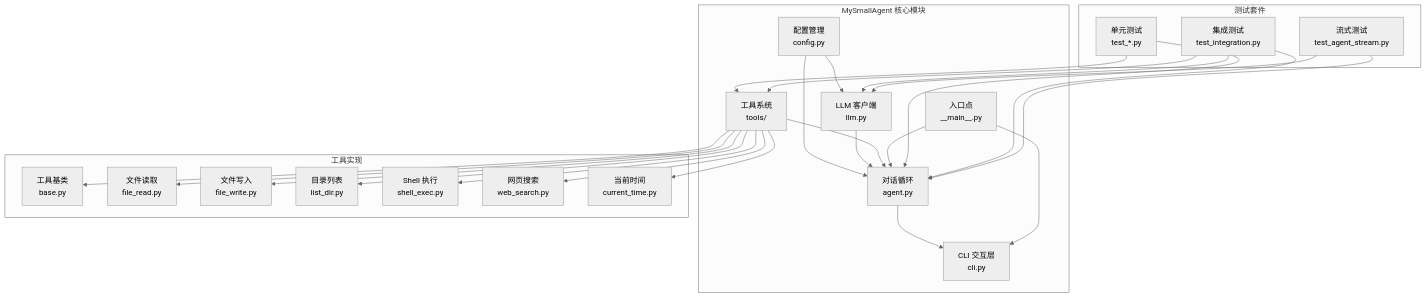
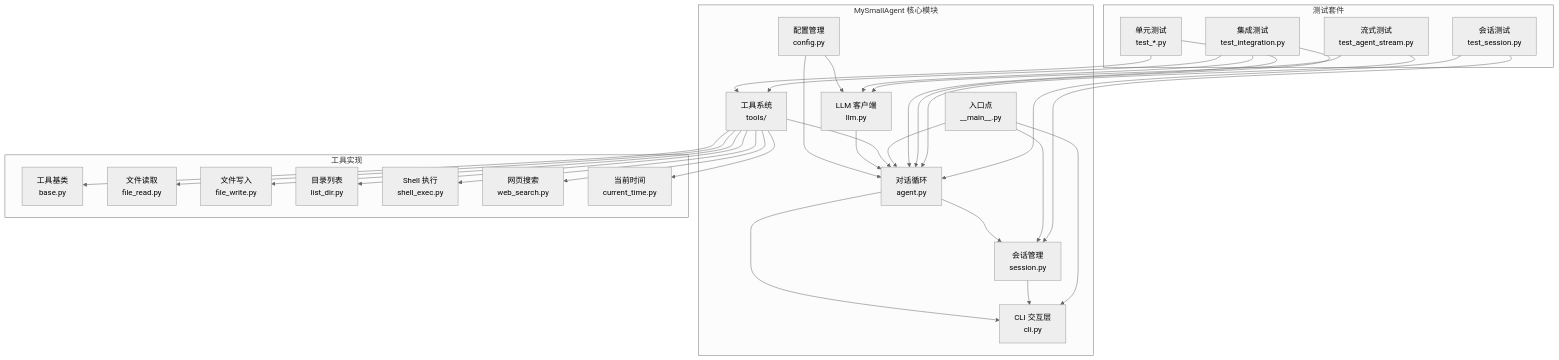
Before and after one commit to 250shiwo/MySmallAgent: the first of 11 diagrams in .qoder/repowiki/zh/content/核心模块详解/Agent 对话循环.md, drawn with Mermaid (neutral theme). The commit also changed other lines of this file and 34 other files, not shown here.

````diff
--- a/.qoder/repowiki/zh/content/核心模块详解/Agent 对话循环.md
+++ b/.qoder/repowiki/zh/content/核心模块详解/Agent 对话循环.md
@@ -52,46 +55,53 @@
 ```mermaid
 graph TB
 subgraph "MySmallAgent 核心模块"
 Config[配置管理<br/>config.py]
 LLM[LLM 客户端<br/>llm.py]
 Tools[工具系统<br/>tools/]
 Agent[对话循环<br/>agent.py]
 CLI[CLI 交互层<br/>cli.py]
+Session[会话管理<br/>session.py]
 Main[入口点<br/>__main__.py]
 end
 subgraph "工具实现"
 Base[工具基类<br/>base.py]
 ReadFile[文件读取<br/>file_read.py]
 WriteFile[文件写入<br/>file_write.py]
 ListDir[目录列表<br/>list_dir.py]
 ShellExec[Shell 执行<br/>shell_exec.py]
 WebSearch[网页搜索<br/>web_search.py]
 CurrentTime[当前时间<br/>current_time.py]
 end
 subgraph "测试套件"
 UnitTests[单元测试<br/>test_*.py]
 IntegrationTests[集成测试<br/>test_integration.py]
 StreamTests[流式测试<br/>test_agent_stream.py]
+SessionTests[会话测试<br/>test_session.py]
 end
 Config --> LLM
 Config --> Agent
 LLM --> Agent
 Tools --> Agent
 Agent --> CLI
+Agent --> Session
+Session --> CLI
 Main --> Agent
 Main --> CLI
+Main --> Session
 Tools --> Base
 Tools --> ReadFile
 Tools --> WriteFile
 Tools --> ListDir
 Tools --> ShellExec
 Tools --> WebSearch
 Tools --> CurrentTime
 UnitTests --> Agent
 UnitTests --> Tools
 IntegrationTests --> Agent
 IntegrationTests --> Tools
 IntegrationTests --> LLM
 StreamTests --> Agent
 StreamTests --> LLM
+SessionTests --> Session
+SessionTests --> Agent
 ```
````
